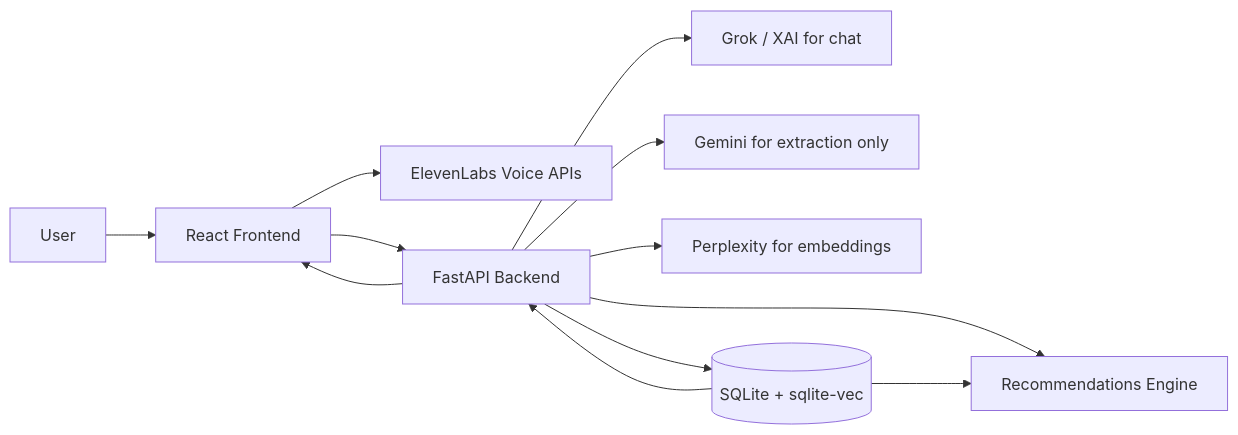
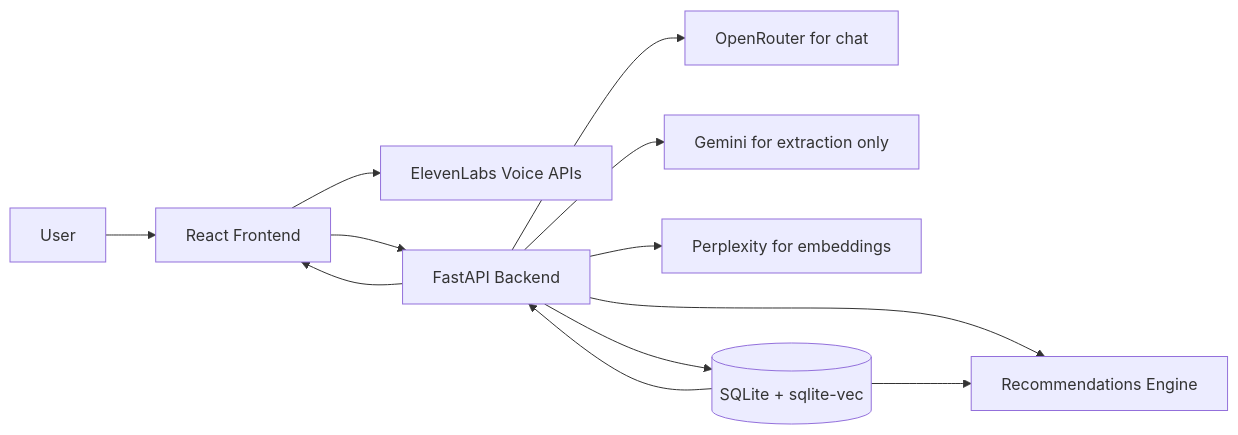
One commit to MrFunnything99/Open-Journal changed the first of 3 diagrams in README.md. Above: the diagram before and after it, drawn with Mermaid. The commit also changed other lines of this file and 21 other files, not shown here.

````diff
--- a/README.md
+++ b/README.md
@@ -90,14 +90,14 @@
 ```mermaid
 flowchart LR
     U[User] --> FE[React Frontend]
     FE --> VOICE[ElevenLabs Voice APIs]
     FE --> API[FastAPI Backend]
-    API --> CHAT[Grok / XAI for chat]
+    API --> CHAT[OpenRouter for chat]
     API --> GEM[Gemini for extraction only]
     API --> PPLX[Perplexity for embeddings]
     API --> DB[(SQLite + sqlite-vec)]
     API --> REC[Recommendations Engine]
     DB --> REC
     DB --> API
     API --> FE
 ```
````
